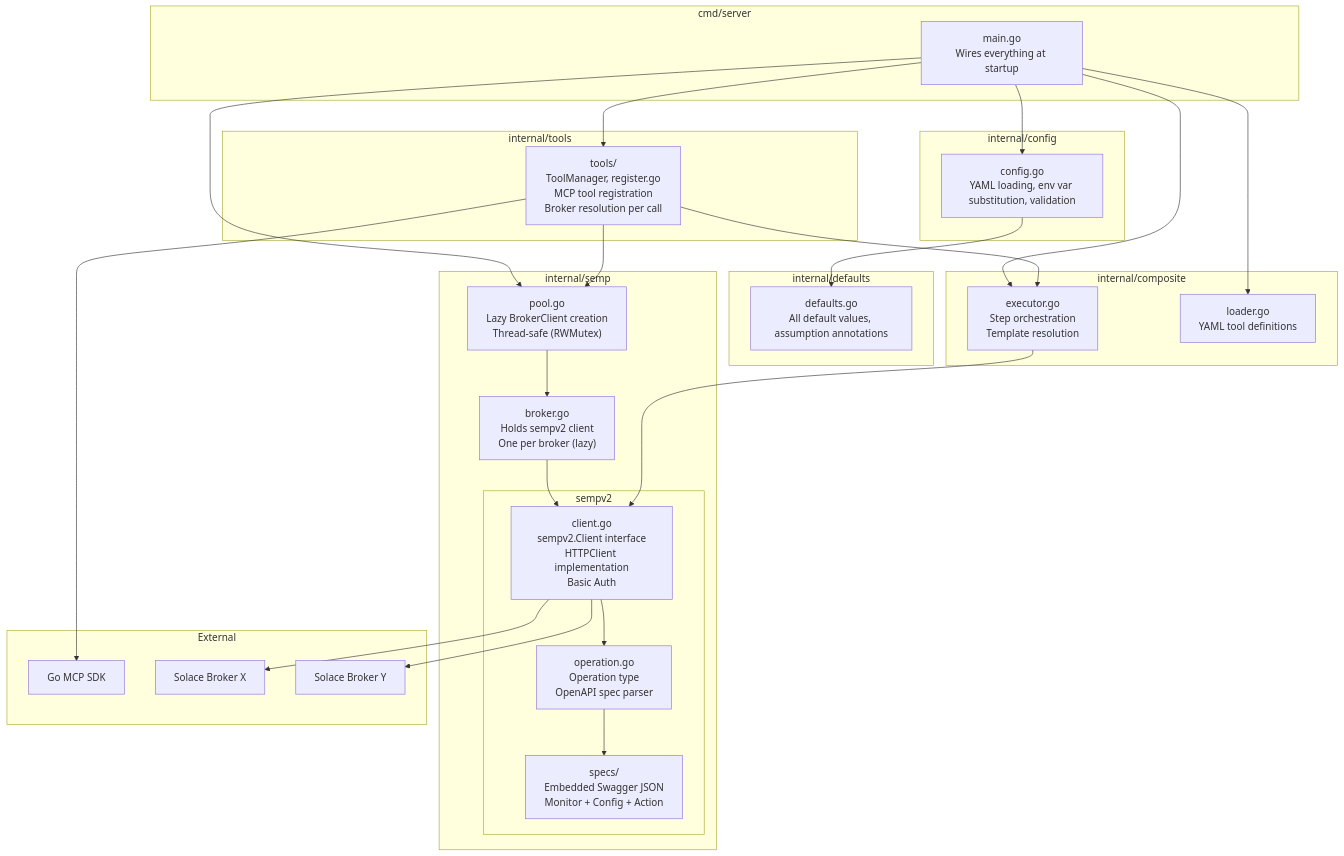
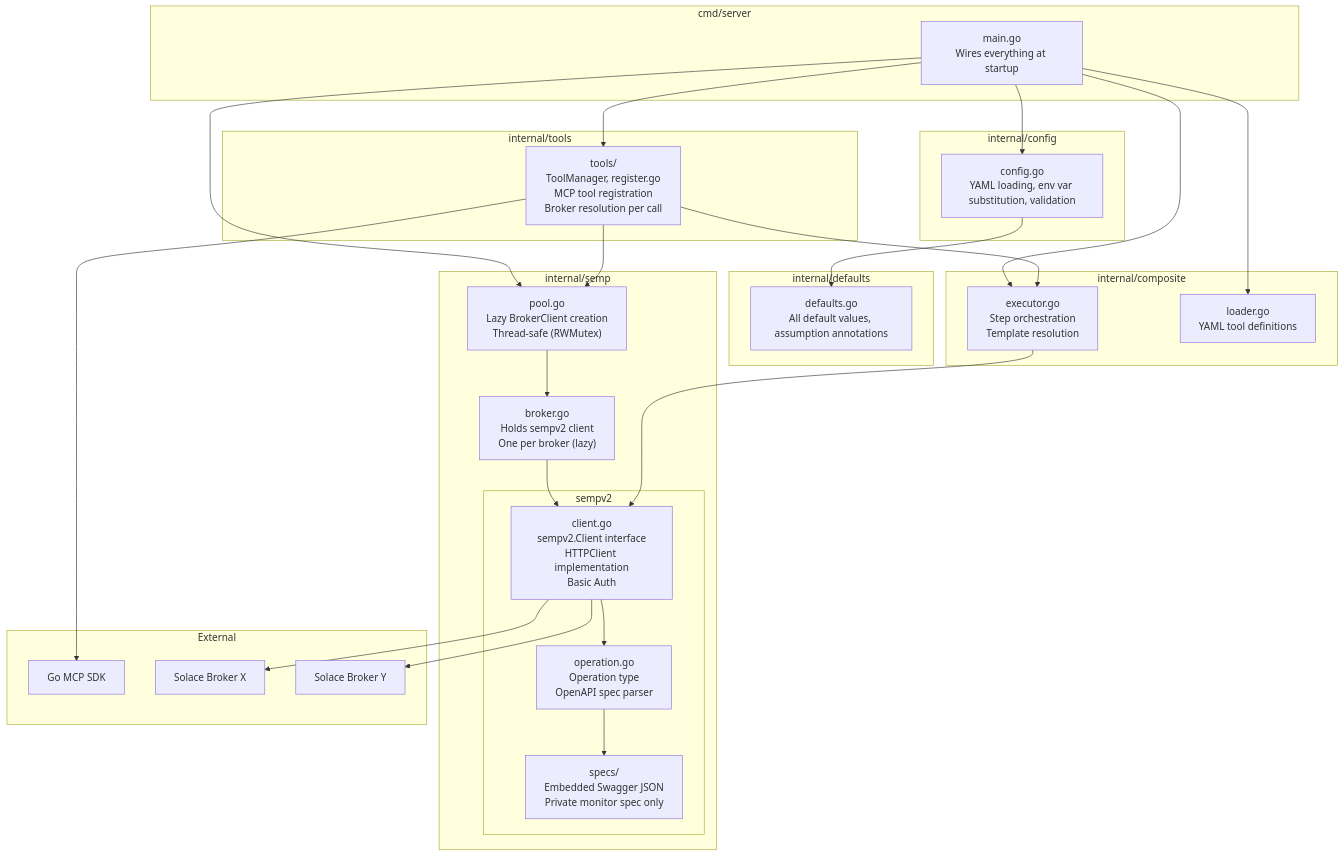
The first of 4 diagrams in docs/internal/architecture.md (SolaceProducts/solace-broker-mcp), drawn with Mermaid before and after one commit. The commit also changed other lines of this file, not shown here.

First line of the commit message:
Address review: only the private monitor spec is embedded

````diff
--- a/docs/internal/architecture.md
+++ b/docs/internal/architecture.md
@@ -38,58 +38,58 @@
 ```mermaid
 graph TB
     subgraph "cmd/server"
         MAIN["main.go<br/>Wires everything at startup"]
     end
 
     subgraph "internal/config"
         CONFIG["config.go<br/>YAML loading, env var substitution, validation"]
     end
 
     subgraph "internal/defaults"
         DEFAULTS["defaults.go<br/>All default values, assumption annotations"]
     end
 
     subgraph "internal/semp"
         POOL["pool.go<br/>Lazy BrokerClient creation<br/>Thread-safe (RWMutex)"]
         BROKER["broker.go<br/>Holds sempv2 client<br/>One per broker (lazy)"]
 
         subgraph "sempv2"
             CLIENT["client.go<br/>sempv2.Client interface<br/>HTTPClient implementation<br/>Basic Auth"]
             OPERATION["operation.go<br/>Operation type<br/>OpenAPI spec parser"]
-            SPECS["specs/<br/>Embedded Swagger JSON<br/>Monitor + Config + Action"]
+            SPECS["specs/<br/>Embedded Swagger JSON<br/>Private monitor spec only"]
         end
     end
 
     subgraph "internal/composite"
         EXECUTOR["executor.go<br/>Step orchestration<br/>Template resolution"]
         LOADER["loader.go<br/>YAML tool definitions"]
     end
 
     subgraph "internal/tools"
         REGISTRY["tools/<br/>ToolManager, register.go<br/>MCP tool registration<br/>Broker resolution per call"]
     end
 
     subgraph "External"
         MCP_SDK["Go MCP SDK"]
         BROKER_X["Solace Broker X"]
         BROKER_Y["Solace Broker Y"]
     end
 
     MAIN --> CONFIG
     MAIN --> POOL
     MAIN --> LOADER
     MAIN --> EXECUTOR
     MAIN --> REGISTRY
     CONFIG --> DEFAULTS
     POOL --> BROKER
     BROKER --> CLIENT
     CLIENT --> OPERATION
     OPERATION --> SPECS
     REGISTRY --> MCP_SDK
     REGISTRY --> POOL
     REGISTRY --> EXECUTOR
     EXECUTOR --> CLIENT
     CLIENT --> BROKER_X
     CLIENT --> BROKER_Y
 
 ```
````
